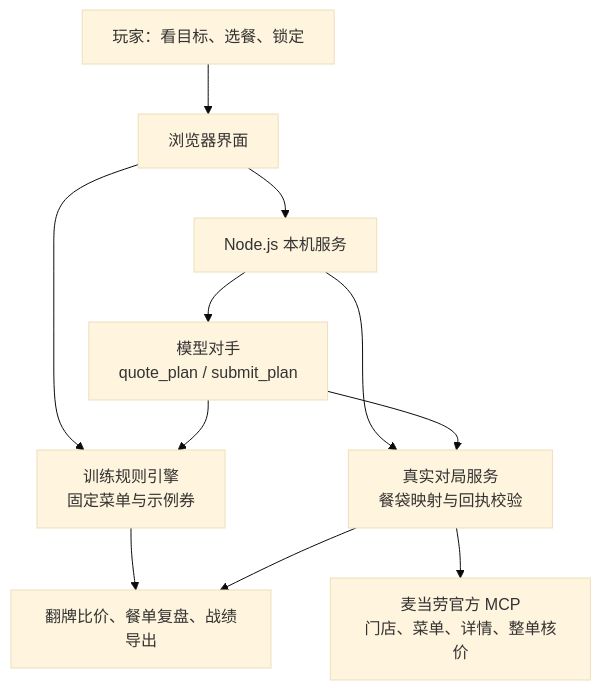
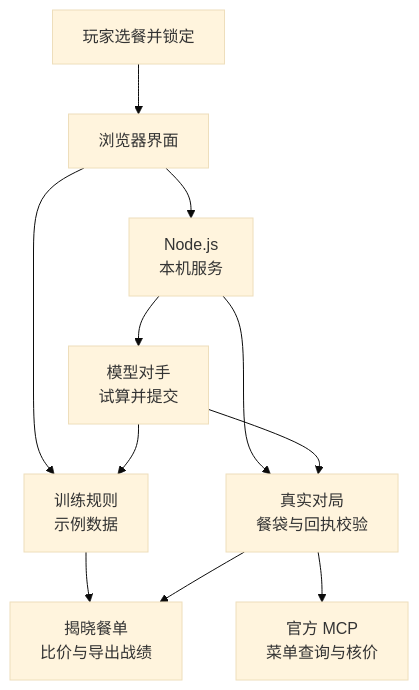
The diagram in README.md (Luzxxxx/mcd-bite-battle), drawn with Mermaid (base theme) before and after one commit. The commit also changed 1 other file, not shown here.

Commit message:
优化首页架构图排版

````diff
--- a/README.md
+++ b/README.md
@@ -37,13 +37,13 @@
 ```mermaid
 flowchart TD
-    U["玩家：看目标、选餐、锁定"] --> W["浏览器界面"]
-    W --> T["训练规则引擎<br/>固定菜单与示例券"]
-    W --> S["Node.js 本机服务"]
-    S --> L["真实对局服务<br/>餐袋映射与回执校验"]
-    L --> M["麦当劳官方 MCP<br/>门店、菜单、详情、整单核价"]
-    S --> A["模型对手<br/>quote_plan / submit_plan"]
+    U["玩家选餐并锁定"] --> W["浏览器界面"]
+    W --> T["训练规则<br/>示例数据"]
+    W --> S["Node.js<br/>本机服务"]
+    S --> L["真实对局<br/>餐袋与回执校验"]
+    L --> M["官方 MCP<br/>菜单查询与核价"]
+    S --> A["模型对手<br/>试算并提交"]
     A --> T
     A --> L
-    T --> R["翻牌比价、餐单复盘、战绩导出"]
+    T --> R["揭晓餐单<br/>比价与导出战绩"]
     L --> R
 ```
````
